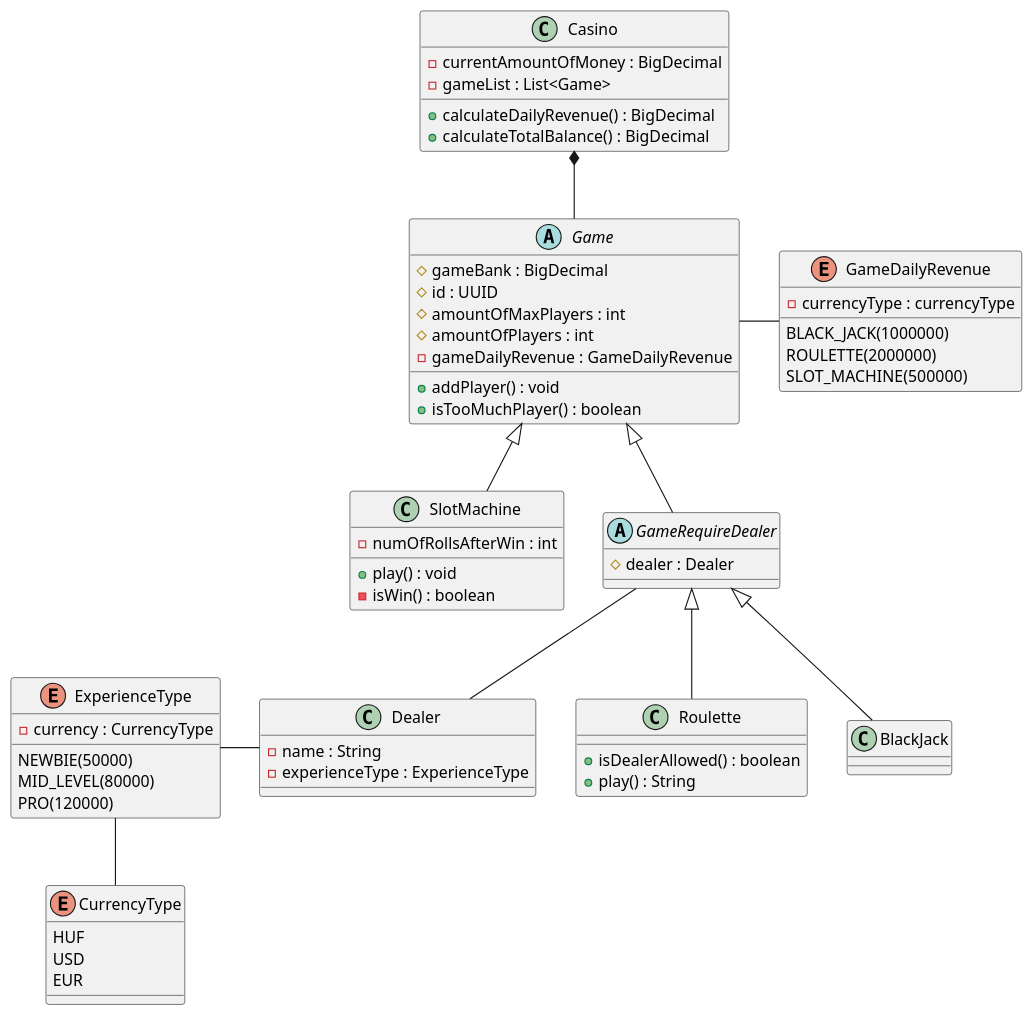
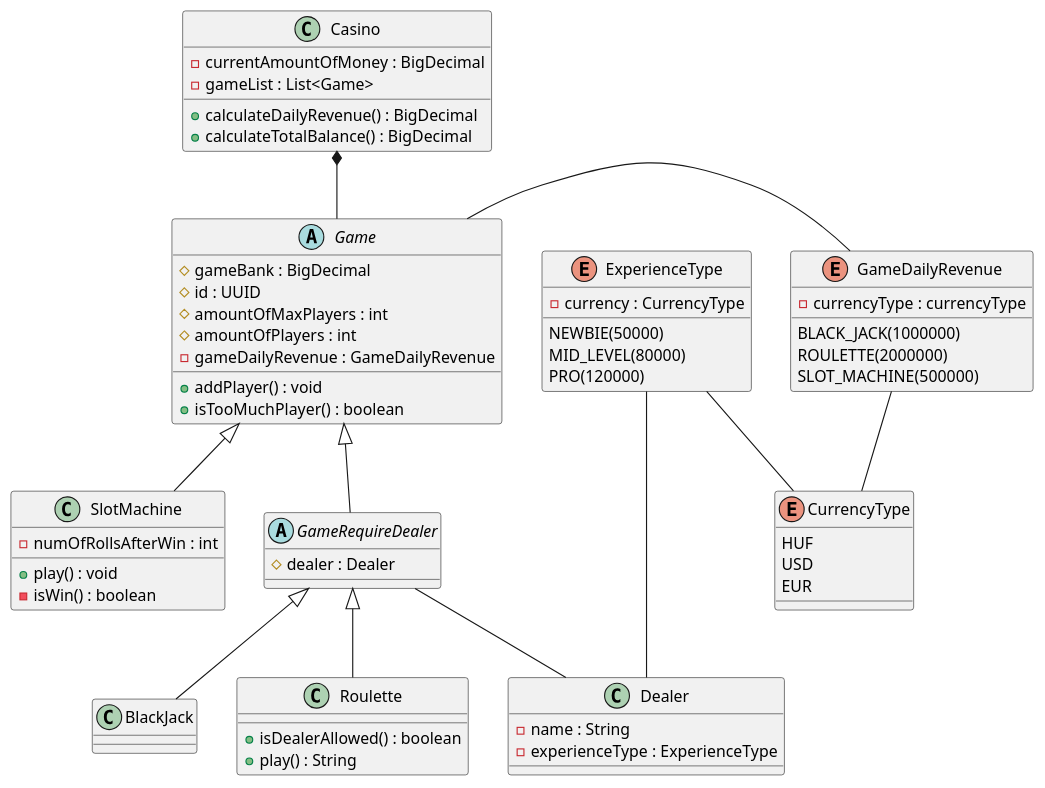
Before and after one commit to burgeradam/online_casino: the diagram in src/main/diagram.puml, drawn with PlantUML.

Commit message:
diagram.puml update

```diff
--- a/src/main/diagram.puml
+++ b/src/main/diagram.puml
@@ -1,81 +1,82 @@
 @startuml
 
 class Casino
 class Game
 class Roulette
 class BlackJack
 class SlotMachine
 class Dealer
 class GameRequireDealer
 enum ExperienceType
 enum CurrencyType
 enum GameDailyRevenue
 
 Casino *-- Game
 Game <|-- GameRequireDealer
 GameRequireDealer <|-- Roulette
 GameRequireDealer <|-- BlackJack
 GameRequireDealer -- Dealer
 Game <|-- SlotMachine
 Game - GameDailyRevenue
 ExperienceType -- CurrencyType
+GameDailyRevenue -- CurrencyType
 ExperienceType - Dealer
 
 enum GameDailyRevenue {
 BLACK_JACK(1000000)
 ROULETTE(2000000)
 SLOT_MACHINE(500000)
 -currencyType : currencyType
 }
 
 enum ExperienceType {
 NEWBIE(50000)
 MID_LEVEL(80000)
 PRO(120000)
 -currency : CurrencyType
 }
 
 enum CurrencyType {
 HUF
 USD
 EUR
 }
 
 class Casino {
 -currentAmountOfMoney : BigDecimal
 -gameList : List<Game>
 +calculateDailyRevenue() : BigDecimal
 +calculateTotalBalance() : BigDecimal
 }
 
 abstract class GameRequireDealer {
 #dealer : Dealer
 }
 
 abstract class Game {
 #gameBank : BigDecimal
 #id : UUID
 #amountOfMaxPlayers : int
 #amountOfPlayers : int
 -gameDailyRevenue : GameDailyRevenue
 +addPlayer() : void
 +isTooMuchPlayer() : boolean
 }
 
 class Dealer {
 -name : String
 -experienceType : ExperienceType
 }
 
 class SlotMachine {
 -numOfRollsAfterWin : int
 +play() : void
 -isWin() : boolean
 }
 
 class Roulette {
 +isDealerAllowed() : boolean
 +play() : String
 }
 
 @enduml
```
